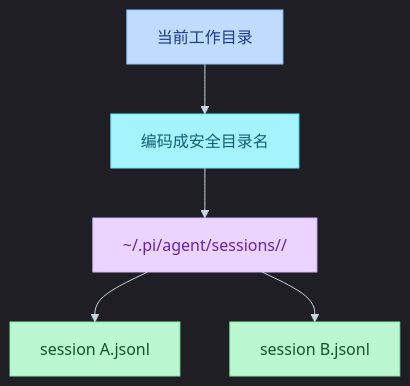
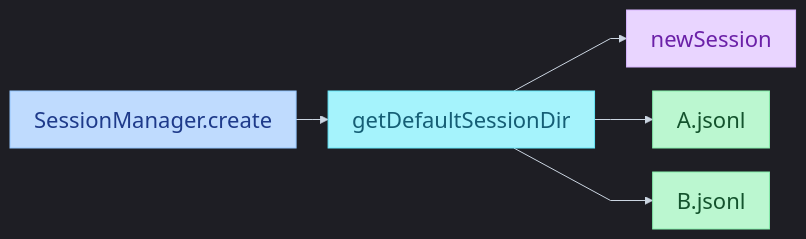
Before and after one commit to juliepy/AI-Engineer-from-scrach: the first of 4 diagrams in 13-pi-agent/04-sessions.md, drawn with Mermaid. The commit also changed other lines of this file and 4 other files, not shown here.

Commit message:
Rewrite Pi sessions through Interactive notes around source call traces and three-layer diagrams.

````diff
--- a/13-pi-agent/04-sessions.md
+++ b/13-pi-agent/04-sessions.md
@@ -34,18 +35,18 @@
 ```mermaid
-%%{init: {"theme": "dark", "themeVariables": {"fontSize": "16px", "background": "#000000", "lineColor": "#CBD5E1", "clusterBkg": "#111111", "clusterBorder": "#C4B5FD", "titleColor": "#FDE68A", "edgeLabelBackground": "#111111"}}}%%
-flowchart TB
-    CWD["当前工作目录"] --> ENC["编码成安全目录名"]
-    ENC --> DIR["~/.pi/agent/sessions/<encoded-cwd>/"]
-    DIR --> F1["session A.jsonl"]
-    DIR --> F2["session B.jsonl"]
+%%{init: {"theme": "dark", "flowchart": {"curve": "linear", "rankSpacing": 32, "nodeSpacing": 24, "padding": 12, "useMaxWidth": false, "htmlLabels": true}, "themeVariables": {"fontSize": "22px", "background": "#000000", "lineColor": "#CBD5E1", "edgeLabelBackground": "#111111"}, "themeCSS": ".nodeLabel,.label,span{font-size:22px!important}"}}%%
+flowchart LR
+    CR["SessionManager.create"] --> DIR["getDefaultSessionDir"]
+    DIR --> NS["newSession"]
+    DIR --> F1["A.jsonl"]
+    DIR --> F2["B.jsonl"]
 
-    classDef a fill:#BFDBFE,stroke:#93C5FD,color:#1E3A8A
-    classDef b fill:#A5F3FC,stroke:#67E8F9,color:#155E75
-    classDef c fill:#E9D5FF,stroke:#D8B4FE,color:#6B21A8
-    classDef d fill:#BBF7D0,stroke:#86EFAC,color:#14532D
+    classDef start fill:#BFDBFE,stroke:#93C5FD,color:#1E3A8A,font-size:22px
+    classDef step fill:#A5F3FC,stroke:#67E8F9,color:#155E75,font-size:22px
+    classDef prod fill:#E9D5FF,stroke:#D8B4FE,color:#6B21A8,font-size:22px
+    classDef ok fill:#BBF7D0,stroke:#86EFAC,color:#14532D,font-size:22px
 
-    class CWD a
-    class ENC b
-    class DIR c
-    class F1,F2 d
+    class CR start
+    class DIR step
+    class NS prod
+    class F1,F2 ok
 ```
````
